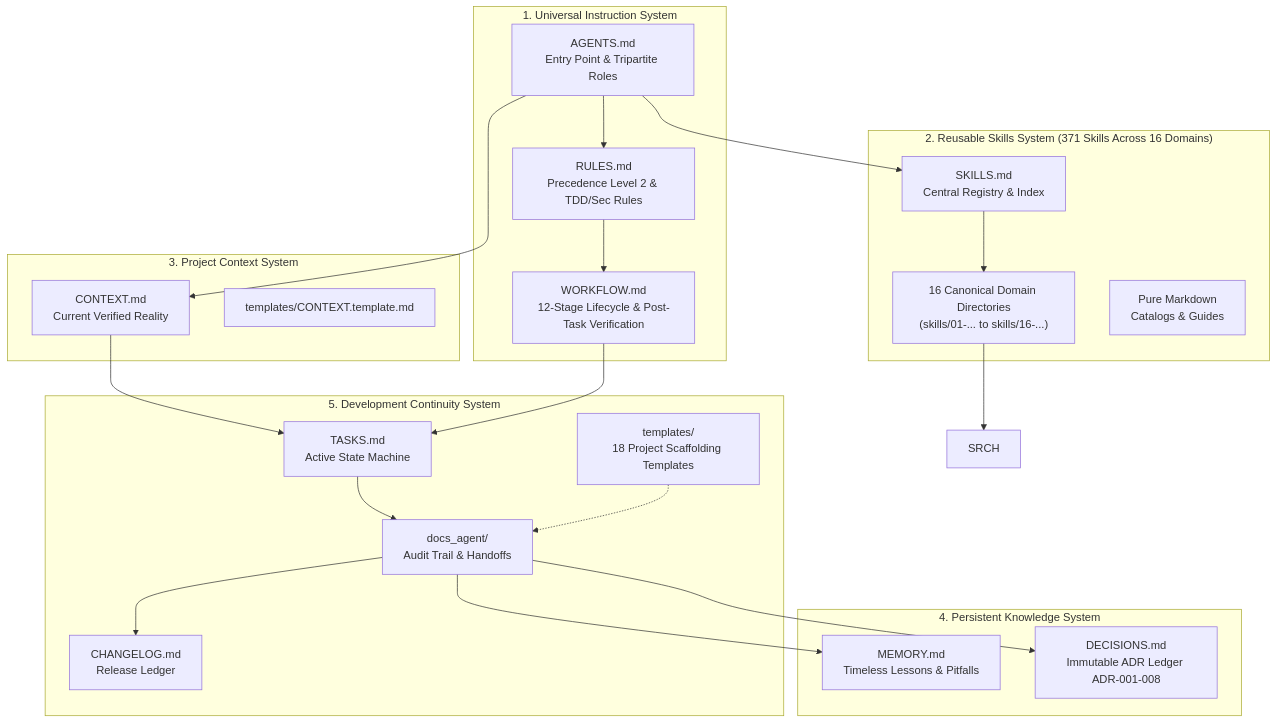
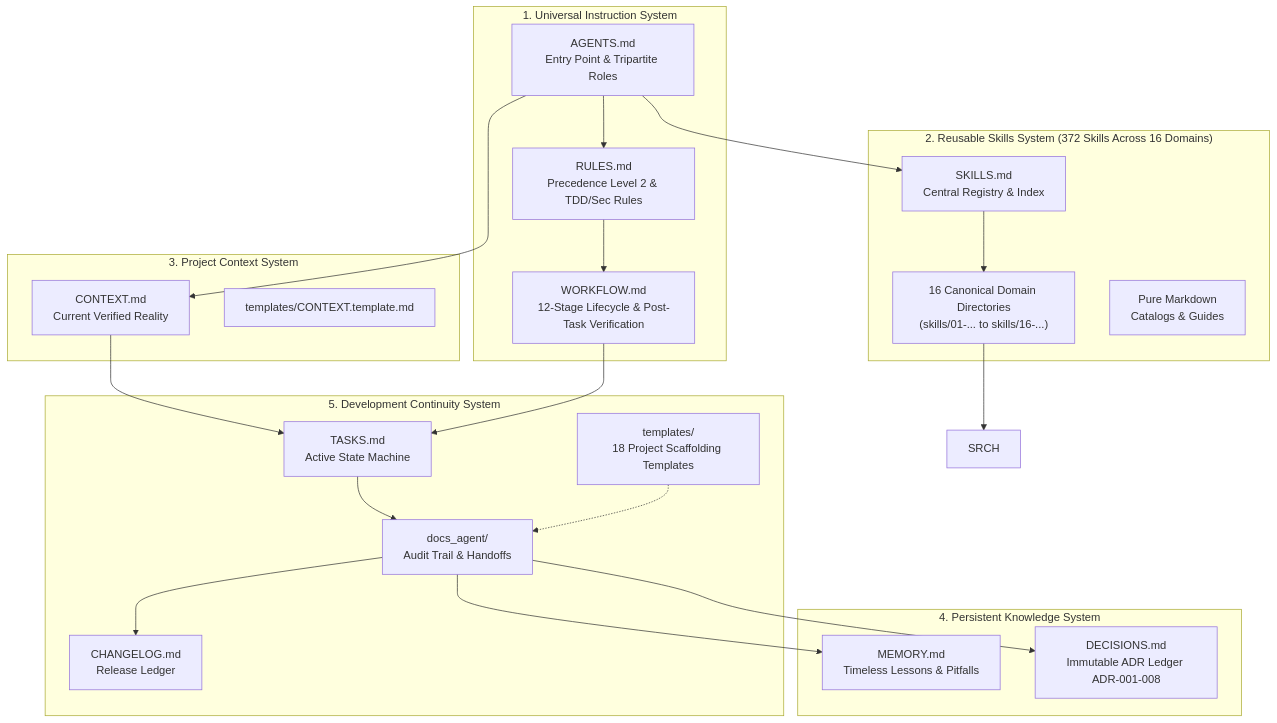
One commit to Script-By-Lin/Universal-Markdown-Skills-Framework changed the diagram in README.md. Above: the diagram before and after it, drawn with Mermaid. The commit also changed other lines of this file and 18 other files, not shown here.

First line of the commit message:
feat: Implement Independent Verification Subagent Architecture (UMSF v1.4.0)

````diff
--- a/README.md
+++ b/README.md
@@ -41,45 +41,45 @@
 ```mermaid
 flowchart TD
     subgraph S1["1. Universal Instruction System"]
         AG[AGENTS.md\nEntry Point & Tripartite Roles]
         RL[RULES.md\nPrecedence Level 2 & TDD/Sec Rules]
         WF[WORKFLOW.md\n12-Stage Lifecycle & Post-Task Verification]
     end
 
-    subgraph S2["2. Reusable Skills System (371 Skills Across 16 Domains)"]
+    subgraph S2["2. Reusable Skills System (372 Skills Across 16 Domains)"]
         SKR[SKILLS.md\nCentral Registry & Index]
         DOMS["16 Canonical Domain Directories\n(skills/01-... to skills/16-...)"]
         REF[Pure Markdown\nCatalogs & Guides]
     end
 
     subgraph S3["3. Project Context System"]
         CX[CONTEXT.md\nCurrent Verified Reality]
         CXT[templates/CONTEXT.template.md]
     end
 
     subgraph S4["4. Persistent Knowledge System"]
         MEM[MEMORY.md\nTimeless Lessons & Pitfalls]
         DEC[DECISIONS.md\nImmutable ADR Ledger ADR-001-008]
     end
 
     subgraph S5["5. Development Continuity System"]
         TSK[TASKS.md\nActive State Machine]
         CHG[CHANGELOG.md\nRelease Ledger]
         DOC[docs_agent/\nAudit Trail & Handoffs]
         TPL[templates/\n18 Project Scaffolding Templates]
     end
 
     AG --> RL
     AG --> CX
     AG --> SKR
     SKR --> DOMS
     DOMS --> SRCH
     RL --> WF
     CX --> TSK
     WF --> TSK
     TSK --> DOC
     DOC --> MEM
     DOC --> DEC
     DOC --> CHG
     TPL -.-> DOC
 ```
````
